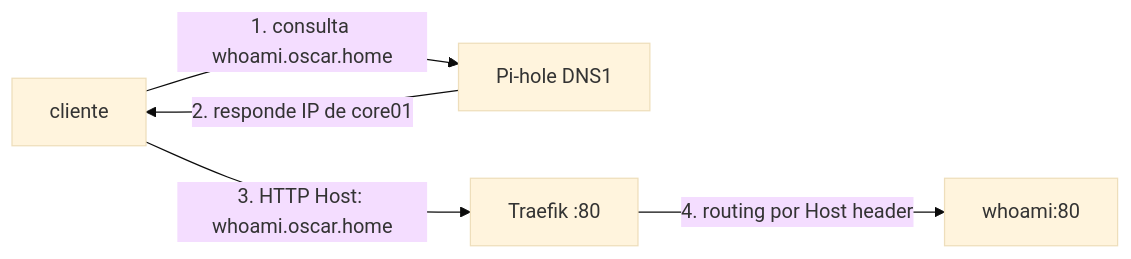
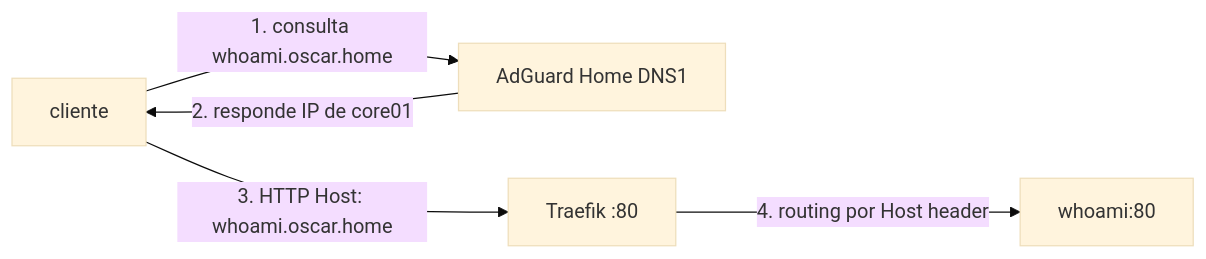
One commit to rudemex/oscar-homelab changed the diagram in docs/laboratorios/03-dns-proxy.md. Above: the diagram before and after it, drawn with Mermaid (base theme). The commit also changed other lines of this file and 23 other files, not shown here.

First line of the commit message:
fix(docs): sync docs with the real oscar-core Proxmox install

````diff
--- a/docs/laboratorios/03-dns-proxy.md
+++ b/docs/laboratorios/03-dns-proxy.md
@@ -22,7 +22,7 @@
 ```mermaid
 flowchart LR
-  Client[cliente] -->|1. consulta whoami.oscar.home| Pihole[Pi-hole DNS1]
-  Pihole -->|2. responde IP de core01| Client
+  Client[cliente] -->|1. consulta whoami.oscar.home| AdGuard[AdGuard Home DNS1]
+  AdGuard -->|2. responde IP de core01| Client
   Client -->|3. HTTP Host: whoami.oscar.home| Traefik[Traefik :80]
   Traefik -->|4. routing por Host header| Whoami[whoami:80]
 ```
````
